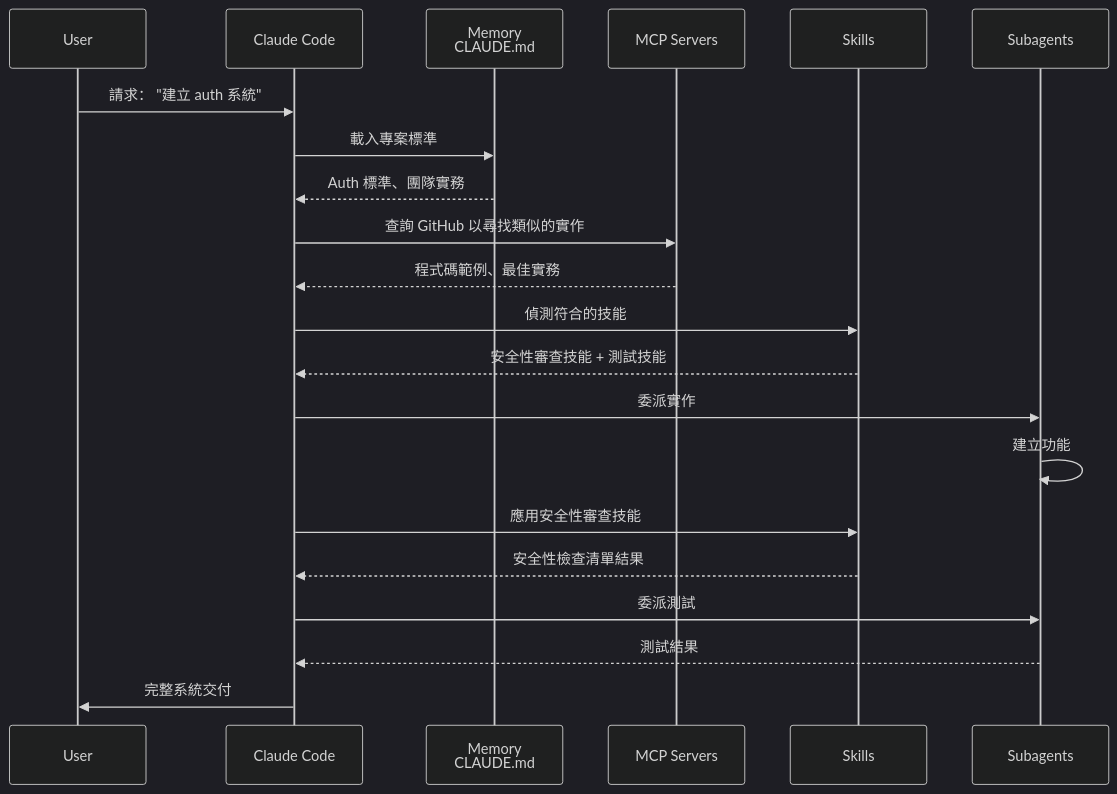
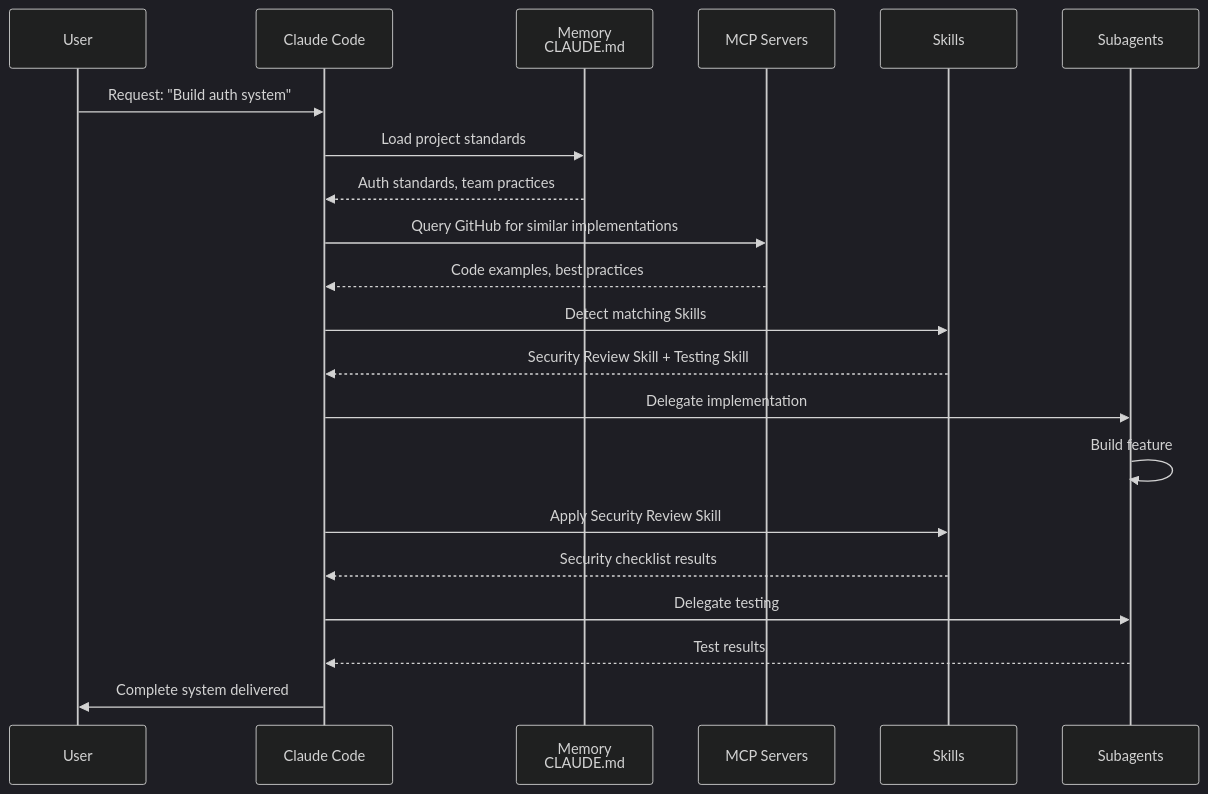
Diagram 18 of 20 in claude_concepts_guide.md (huckly/claude-howto-zh-tw), drawn with Mermaid (dark theme) before and after one commit. The commit also changed other lines of this file and 8 other files, not shown here.

````diff
--- a/claude_concepts_guide.md
+++ b/claude_concepts_guide.md
@@ -2650,24 +2718,24 @@
 ```mermaid
 sequenceDiagram
     participant User
     participant Claude as Claude Code
     participant Memory as Memory<br/>CLAUDE.md
     participant MCP as MCP Servers
     participant Skills as Skills
     participant SubAgent as Subagents
 
-    User->>Claude: 請求： "建立 auth 系統"
-    Claude->>Memory: 載入專案標準
-    Memory-->>Claude: Auth 標準、團隊實務
-    Claude->>MCP: 查詢 GitHub 以尋找類似的實作
-    MCP-->>Claude: 程式碼範例、最佳實務
-    Claude->>Skills: 偵測符合的技能
-    Skills-->>Claude: 安全性審查技能 + 測試技能
-    Claude->>SubAgent: 委派實作
-    SubAgent->>SubAgent: 建立功能
-    Claude->>Skills: 應用安全性審查技能
-    Skills-->>Claude: 安全性檢查清單結果
-    Claude->>SubAgent: 委派測試
-    SubAgent-->>Claude: 測試結果
-    Claude->>User: 完整系統交付
+    User->>Claude: Request: "Build auth system"
+    Claude->>Memory: Load project standards
+    Memory-->>Claude: Auth standards, team practices
+    Claude->>MCP: Query GitHub for similar implementations
+    MCP-->>Claude: Code examples, best practices
+    Claude->>Skills: Detect matching Skills
+    Skills-->>Claude: Security Review Skill + Testing Skill
+    Claude->>SubAgent: Delegate implementation
+    SubAgent->>SubAgent: Build feature
+    Claude->>Skills: Apply Security Review Skill
+    Skills-->>Claude: Security checklist results
+    Claude->>SubAgent: Delegate testing
+    SubAgent-->>Claude: Test results
+    Claude->>User: Complete system delivered
 ```
````
